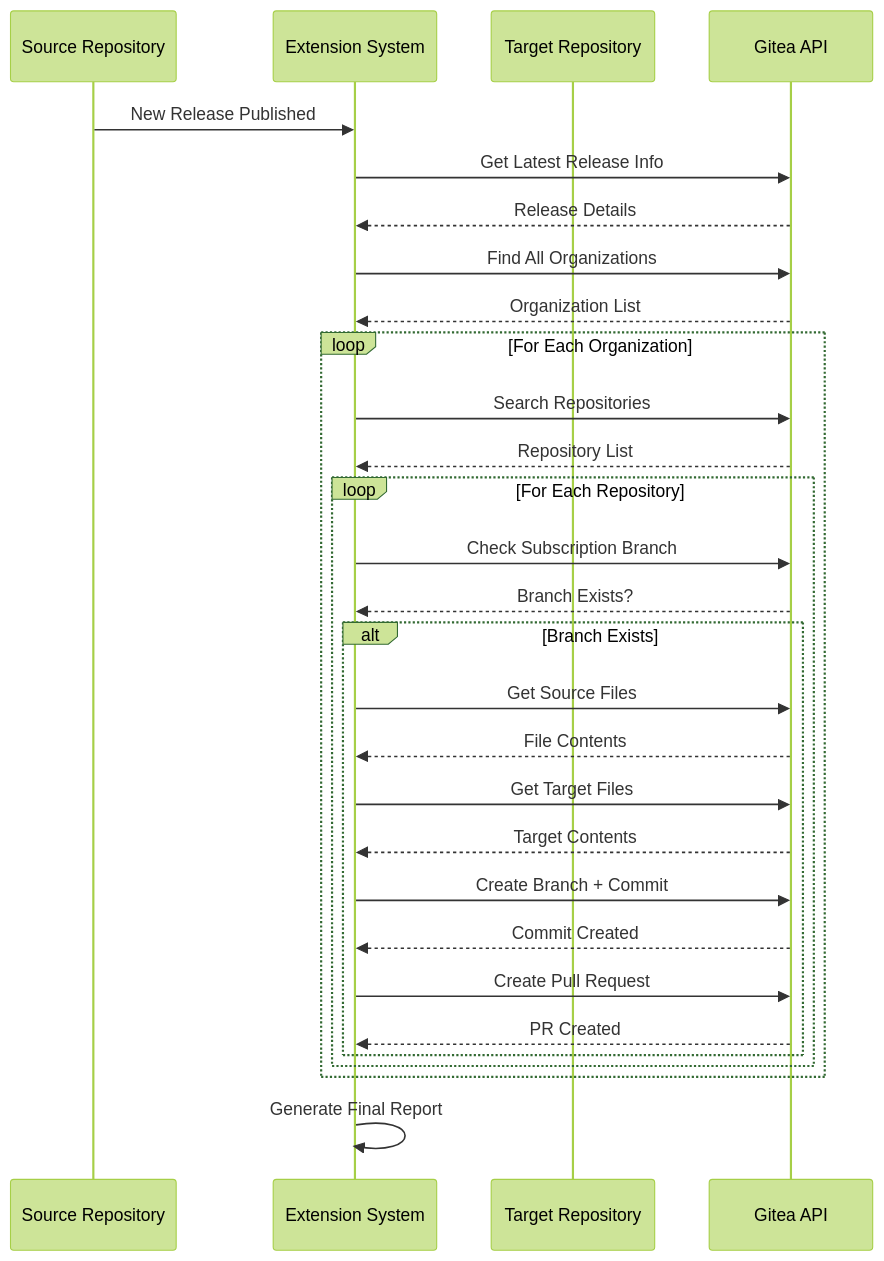
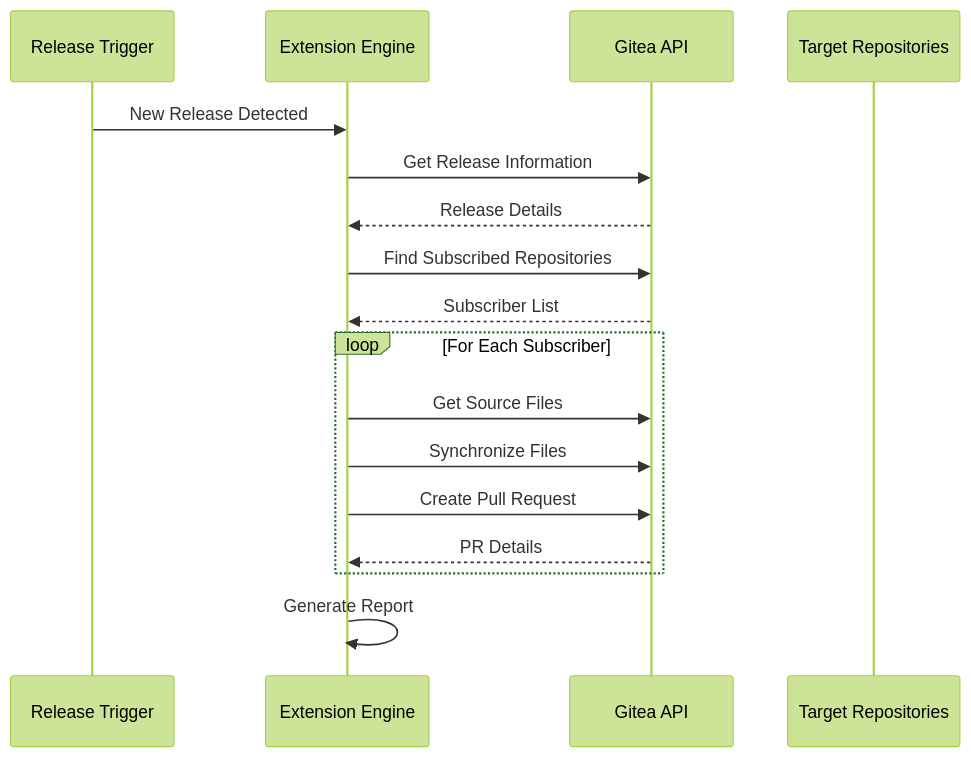
Before and after one commit to Kargones/apk-ci: the second of 9 diagrams in .qoder/repowiki/en/content/Advanced Integrations/Extension Publishing System.md, drawn with Mermaid (forest theme). The commit also changed other lines of this file and 2036 other files, not shown here.

````diff
--- a/.qoder/repowiki/en/content/Advanced Integrations/Extension Publishing System.md
+++ b/.qoder/repowiki/en/content/Advanced Integrations/Extension Publishing System.md
@@ -125,31 +89,19 @@
 ```mermaid
 sequenceDiagram
-participant Source as Source Repository
-participant System as Extension System
-participant Target as Target Repository
+participant Release as Release Trigger
+participant Engine as Extension Engine
 participant Gitea as Gitea API
-Source->>System : New Release Published
-System->>Gitea : Get Latest Release Info
-Gitea-->>System : Release Details
-System->>Gitea : Find All Organizations
-Gitea-->>System : Organization List
-loop For Each Organization
-System->>Gitea : Search Repositories
-Gitea-->>System : Repository List
-loop For Each Repository
-System->>Gitea : Check Subscription Branch
-Gitea-->>System : Branch Exists?
-alt Branch Exists
-System->>Gitea : Get Source Files
-Gitea-->>System : File Contents
-System->>Gitea : Get Target Files
-Gitea-->>System : Target Contents
-System->>Gitea : Create Branch + Commit
-Gitea-->>System : Commit Created
-System->>Gitea : Create Pull Request
-Gitea-->>System : PR Created
+participant Subscribers as Target Repositories
+Release->>Engine : New Release Detected
+Engine->>Gitea : Get Release Information
+Gitea-->>Engine : Release Details
+Engine->>Gitea : Find Subscribed Repositories
+Gitea-->>Engine : Subscriber List
+loop For Each Subscriber
+Engine->>Gitea : Get Source Files
+Engine->>Gitea : Synchronize Files
+Engine->>Gitea : Create Pull Request
+Gitea-->>Engine : PR Details
 end
-end
-end
-System->>System : Generate Final Report
+Engine->>Engine : Generate Report
 ```
````
